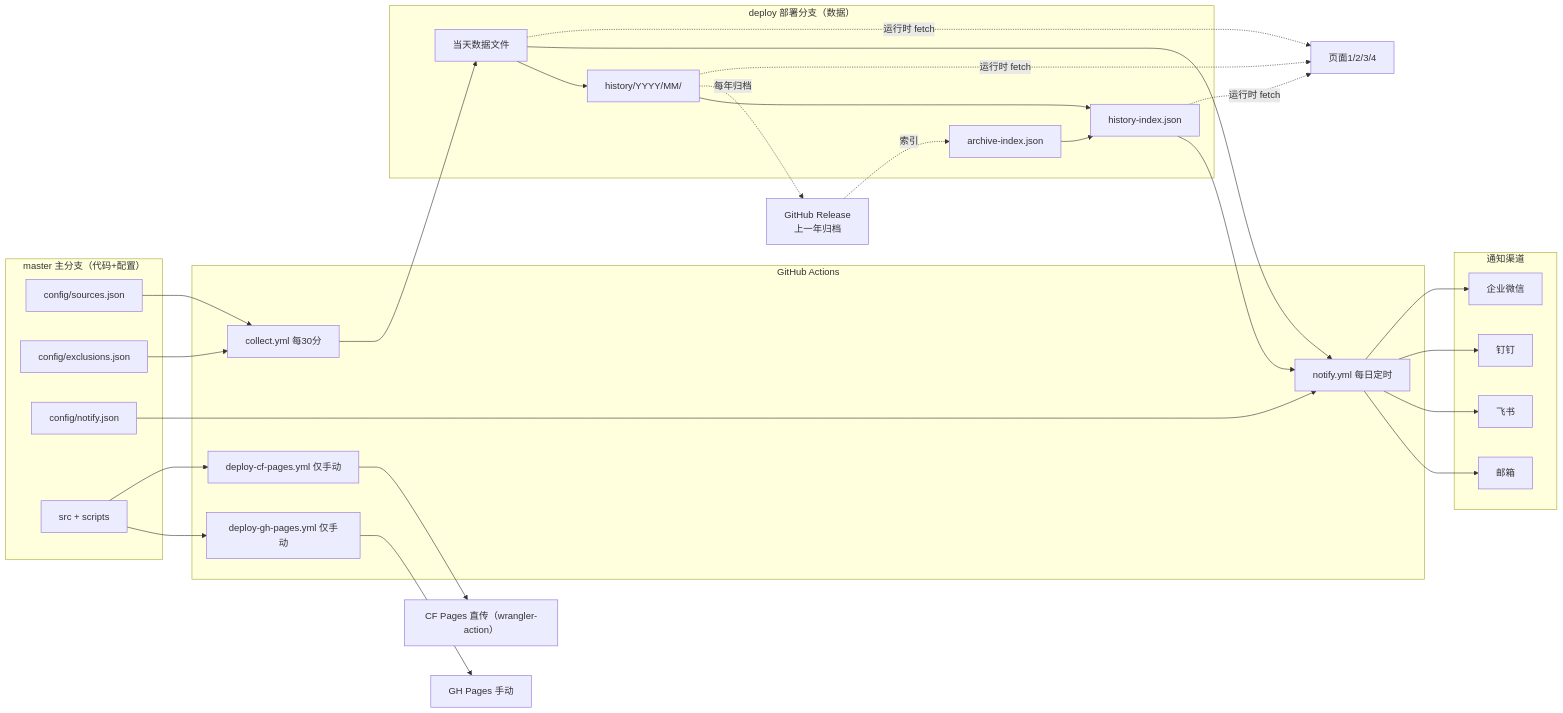
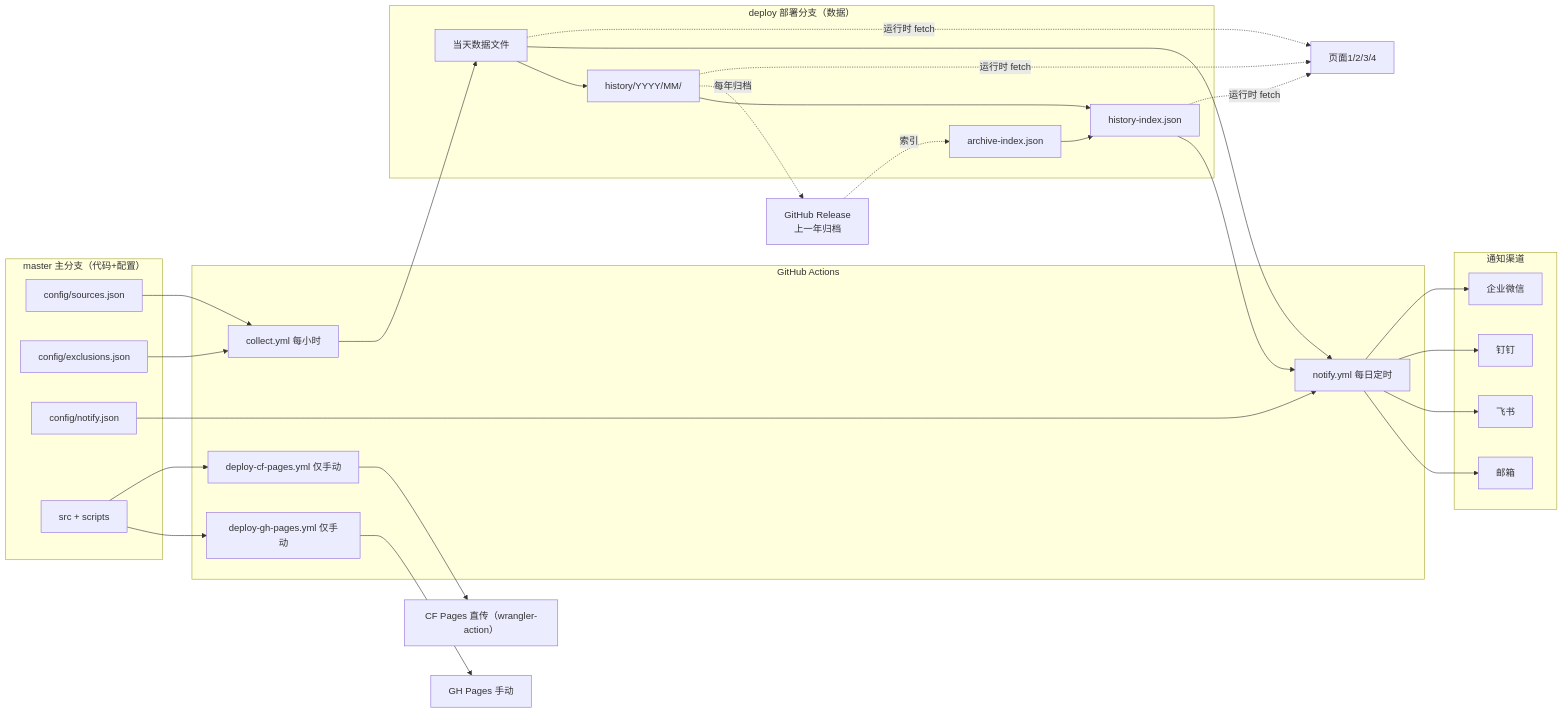
The second of 2 diagrams in docs/PRD.md (Shonee/rss-radar), drawn with Mermaid before and after one commit. The commit also changed other lines of this file and 3 other files, not shown here.

````diff
--- a/docs/PRD.md
+++ b/docs/PRD.md
@@ -267,41 +267,41 @@
 ```mermaid
 flowchart LR
     subgraph MASTER["master 主分支（代码+配置）"]
       CFG1[config/sources.json]
       CFG2[config/exclusions.json]
       CFG3[config/notify.json]
       CODE[src + scripts]
     end
     subgraph ACT["GitHub Actions"]
-      COL[collect.yml 每30分]
+      COL[collect.yml 每小时]
       NOT[notify.yml 每日定时]
       DEPG[deploy-gh-pages.yml 仅手动]
       DEPC[deploy-cf-pages.yml 仅手动]
     end
     subgraph BRANCH["deploy 部署分支（数据）"]
       TODAY[当天数据文件]
       HIST[history/YYYY/MM/]
       HIDX[history-index.json]
       ARCH[archive-index.json]
     end
     REL[GitHub Release<br/>上一年归档]
     subgraph NOTIFY["通知渠道"]
       EM[邮箱]
       FS[飞书]
       DT[钉钉]
       WX[企业微信]
     end
     CFG1 & CFG2 --> COL
     COL --> TODAY --> HIST
     HIST --> HIDX
     TODAY --> NOT
     HIDX --> NOT
     CFG3 --> NOT
     NOT --> EM & FS & DT & WX
     HIST -.每年归档.-> REL
     REL -.索引.-> ARCH
     ARCH --> HIDX
     TODAY & HIDX & HIST -.运行时 fetch.-> UI[页面1/2/3/4]
     CODE --> DEPG --> GHP[GH Pages 手动]
     CODE --> DEPC --> CFN[CF Pages 直传（wrangler-action）]
 ```
````
